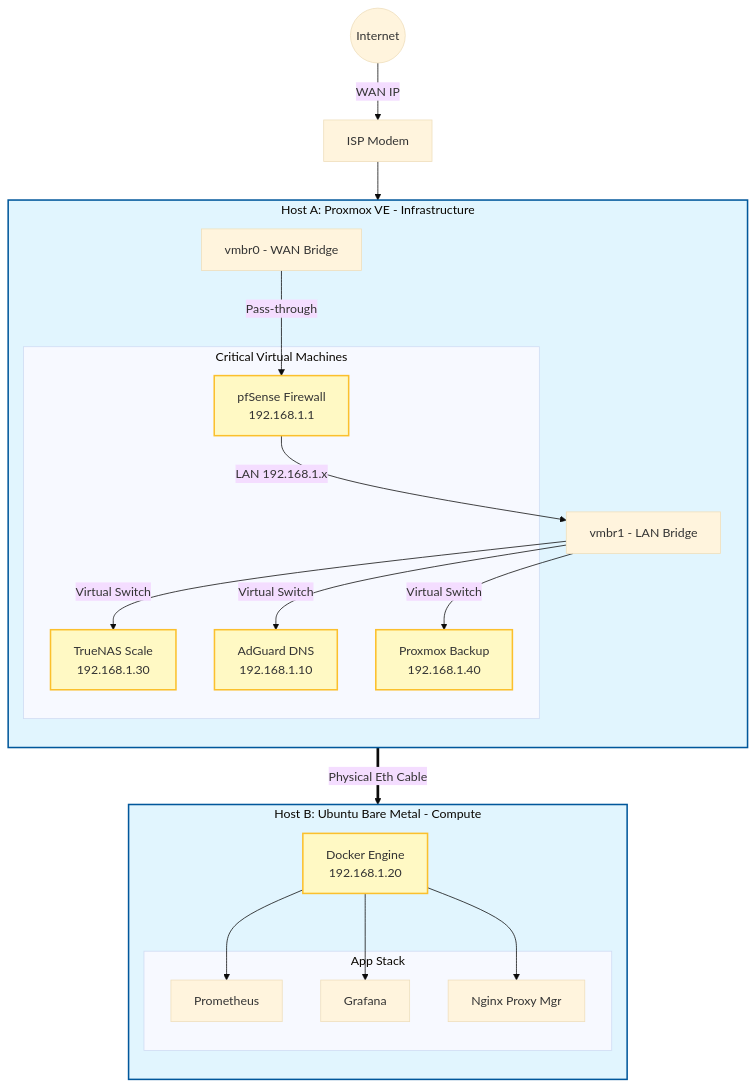
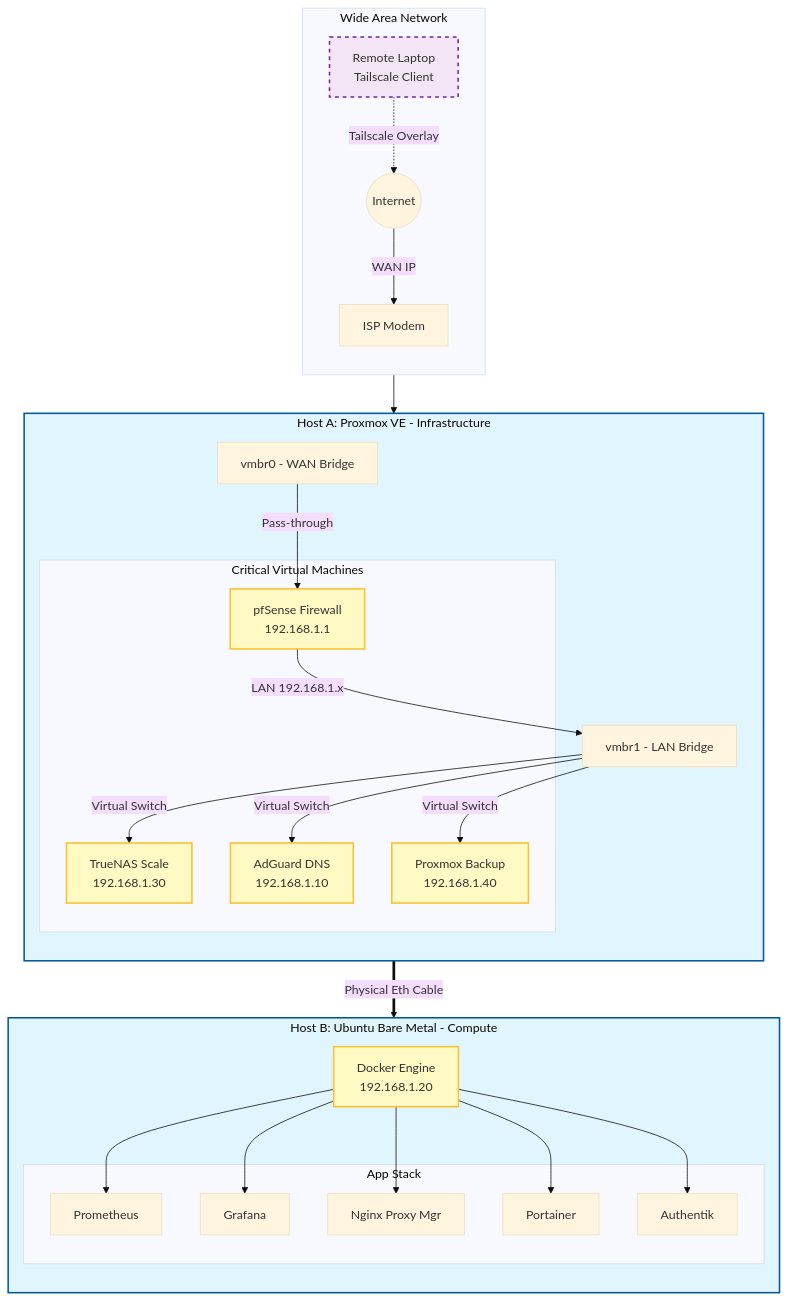
One commit to dannyhng/hybrid-homelab-infrastructure changed the diagram in README.md. Above: the diagram before and after it, drawn with Mermaid (base theme). The commit also changed other lines of this file, not shown here.

````diff
--- a/README.md
+++ b/README.md
@@ -18,52 +21,61 @@
 ```mermaid
 graph TD
-    %% --- External Network ---
-    Internet((Internet)) -->|WAN IP| Modem[ISP Modem]
+    %% --- External Access ---
+    subgraph WAN [Wide Area Network]
+        direction TB
+        Remote[Remote Laptop<br/>Tailscale Client] -.->|Tailscale Overlay| Internet((Internet))
+        Internet -->|WAN IP| Modem[ISP Modem]
+    end
     
     %% --- Host A: Proxmox VE ---
     subgraph Host_A [Host A: Proxmox VE - Infrastructure]
         direction TB
         vmbr0[vmbr0 - WAN Bridge]
         vmbr1[vmbr1 - LAN Bridge]
         
         subgraph VMs [Critical Virtual Machines]
             pfSense[pfSense Firewall<br/>192.168.1.1]
             TrueNAS[TrueNAS Scale<br/>192.168.1.30]
             AdGuard[AdGuard DNS<br/>192.168.1.10]
             PBS[Proxmox Backup<br/>192.168.1.40]
         end
     end
 
     %% --- Host B: Bare Metal ---
     subgraph Host_B [Host B: Ubuntu Bare Metal - Compute]
         direction TB
         Docker[Docker Engine<br/>192.168.1.20]
         
         subgraph Containers [App Stack]
             Prom[Prometheus]
             Graf[Grafana]
             NPM[Nginx Proxy Mgr]
+            Port[Portainer]
+            Auth[Authentik]
         end
     end
 
     %% --- Connections ---
     Modem --> vmbr0
     vmbr0 -->|Pass-through| pfSense
     pfSense -->|LAN 192.168.1.x| vmbr1
     
     vmbr1 -->|Virtual Switch| TrueNAS
     vmbr1 -->|Virtual Switch| AdGuard
     vmbr1 -->|Virtual Switch| PBS
     
     vmbr1 ==>|Physical Eth Cable| Docker
     Docker --> Prom
     Docker --> Graf
     Docker --> NPM
+    Docker --> Port
+    Docker --> Auth
     
     %% --- Styling ---
     classDef physical fill:#e1f5fe,stroke:#01579b,stroke-width:2px;
     classDef virtual fill:#fff9c4,stroke:#fbc02d,stroke-width:2px;
+    classDef remote fill:#f3e5f5,stroke:#7b1fa2,stroke-width:2px,stroke-dasharray: 5 5;
     class Host_A,Host_B physical;
     class pfSense,TrueNAS,AdGuard,PBS,Docker virtual;
-
+    class Remote remote;
 ```
````
